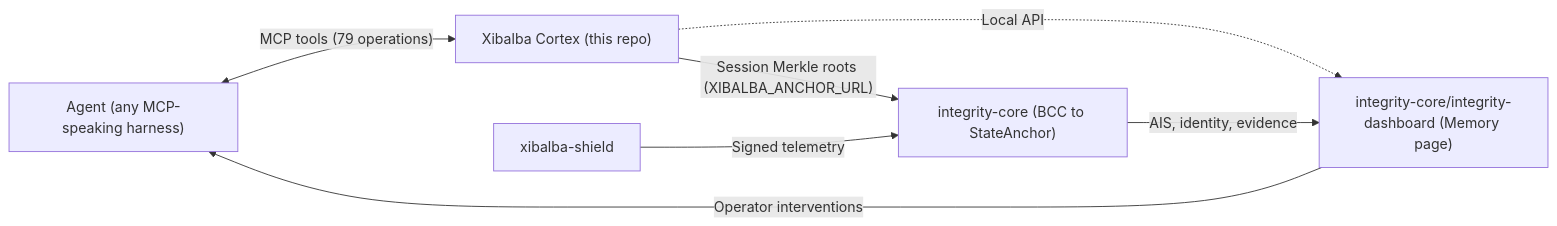
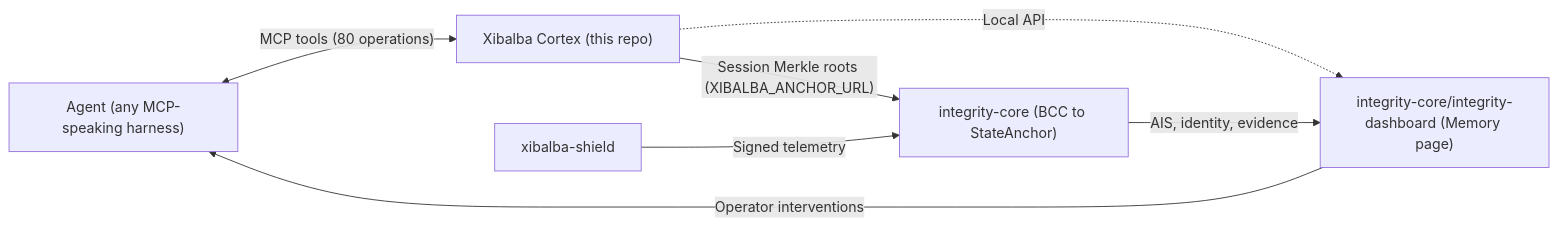
The diagram in docs/wiki/architecture/ecosystem-role.md (XibalbaTechSol/xibalba-cortex), drawn with Mermaid before and after one commit. The commit also changed 69 other files, not shown here.

````diff
--- a/docs/wiki/architecture/ecosystem-role.md
+++ b/docs/wiki/architecture/ecosystem-role.md
@@ -46,9 +46,9 @@
 ```mermaid
 flowchart LR
-    Agent["Agent (any MCP-speaking harness)"] <-->|"MCP tools (79 operations)"| Brain["Xibalba Cortex (this repo)"]
+    Agent["Agent (any MCP-speaking harness)"] <-->|"MCP tools (80 operations)"| Brain["Xibalba Cortex (this repo)"]
     Brain -->|"Session Merkle roots (XIBALBA_ANCHOR_URL)"| Backbone["integrity-core (BCC to StateAnchor)"]
     Brain -.->|"Local API"| Eyes["integrity-core/integrity-dashboard (Memory page)"]
     Immune["xibalba-shield"] -->|"Signed telemetry"| Backbone
     Backbone -->|"AIS, identity, evidence"| Eyes
     Eyes -->|"Operator interventions"| Agent
 ```
````
